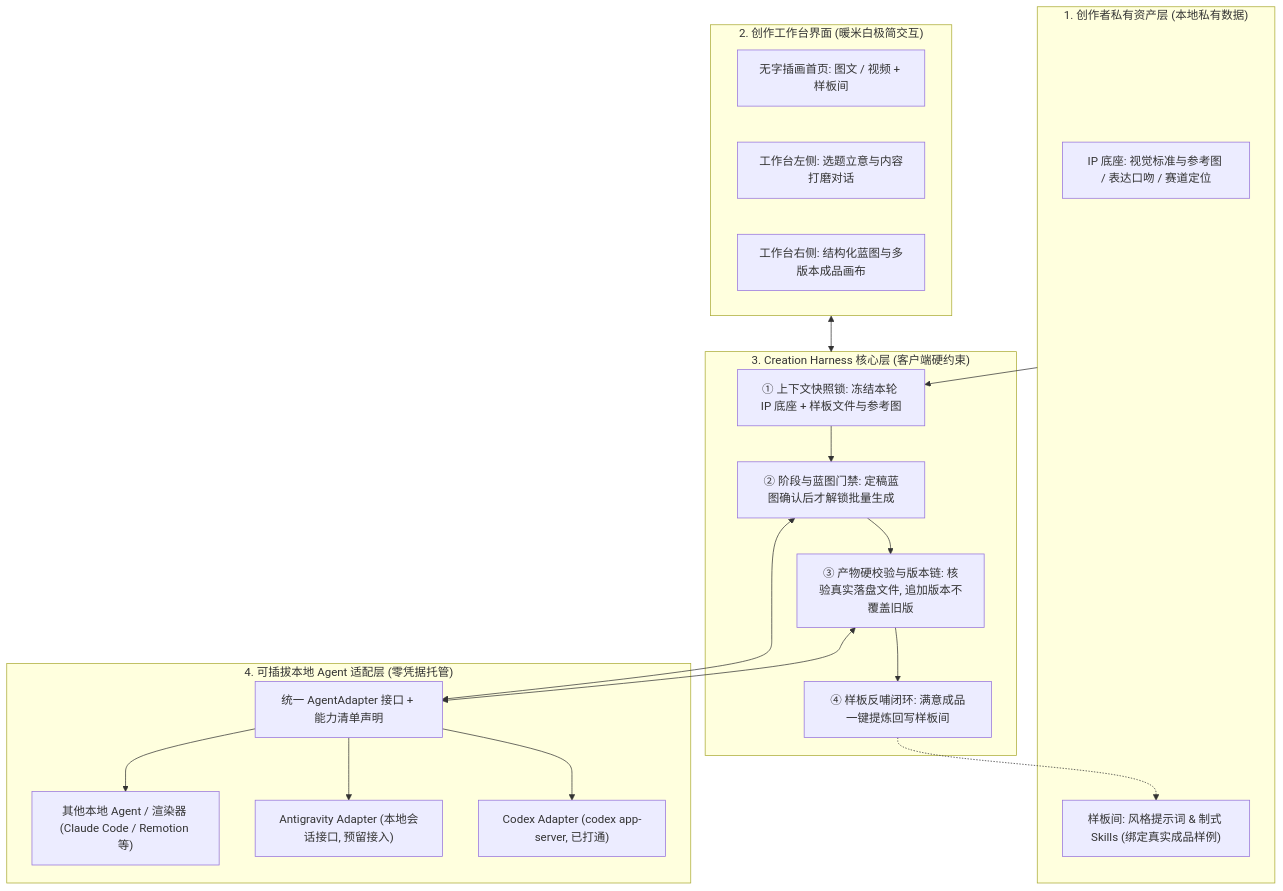
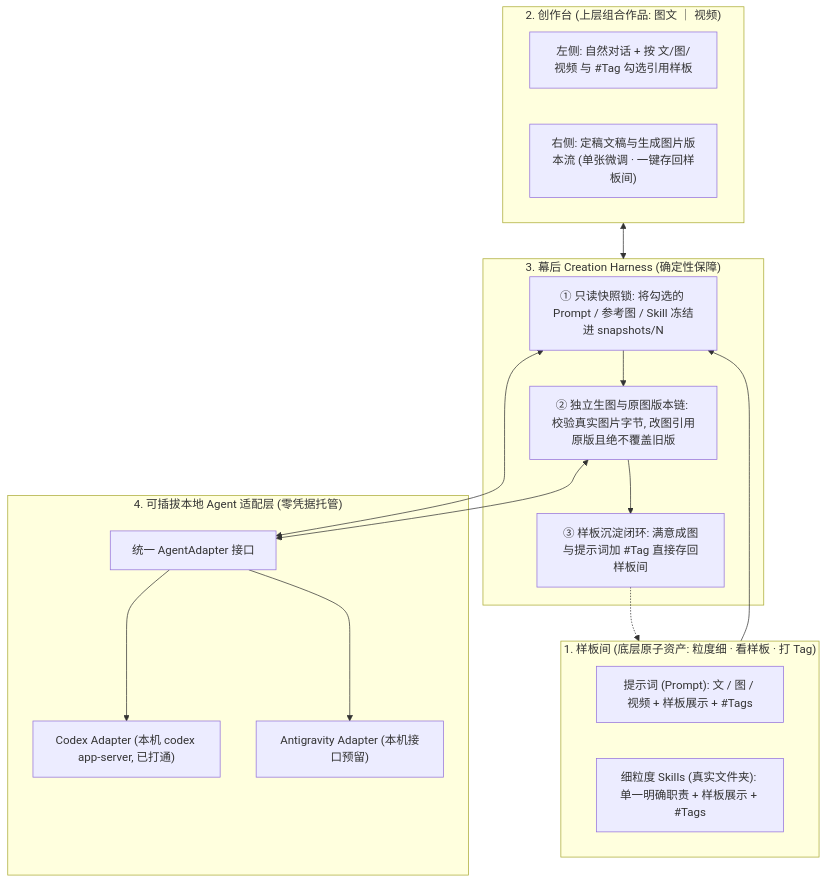
One commit to anjing-le/happy-creator-journey changed the diagram in design.md. Above: the diagram before and after it, drawn with Mermaid. The commit also changed other lines of this file and 27 other files, not shown here.

Commit message:
Simplify CreatorX 0.1.1 to atomic modality + tag showcase and lightweight harness

````diff
--- a/design.md
+++ b/design.md
@@ -19,37 +19,33 @@
 ```mermaid
 flowchart TB
-    subgraph L1["1. 创作者私有资产层 (本地私有数据)"]
-        IP["IP 底座: 视觉标准与参考图 / 表达口吻 / 赛道定位"]
-        Showcase["样板间: 风格提示词 & 制式 Skills (绑定真实成品样例)"]
+    subgraph L1["1. 样板间 (底层原子资产: 粒度细 · 看样板 · 打 Tag)"]
+        P["提示词 (Prompt): 文 / 图 / 视频 + 样板展示 + #Tags"]
+        S["细粒度 Skills (真实文件夹): 单一明确职责 + 样板展示 + #Tags"]
     end
 
-    subgraph L2["2. 创作工作台界面 (暖米白极简交互)"]
-        Home["无字插画首页: 图文 / 视频 + 样板间"]
-        Left["工作台左侧: 选题立意与内容打磨对话"]
-        Right["工作台右侧: 结构化蓝图与多版本成品画布"]
+    subgraph L2["2. 创作台 (上层组合作品: 图文 ｜ 视频)"]
+        Chat["左侧: 自然对话 + 按 文/图/视频 与 #Tag 勾选引用样板"]
+        Out["右侧: 定稿文稿与生成图片版本流 (单张微调 · 一键存回样板间)"]
     end
 
-    subgraph L3["3. Creation Harness 核心层 (客户端硬约束)"]
-        G1["① 上下文快照锁: 冻结本轮 IP 底座 + 样板文件与参考图"]
-        G2["② 阶段与蓝图门禁: 定稿蓝图确认后才解锁批量生成"]
-        G3["③ 产物硬校验与版本链: 核验真实落盘文件, 追加版本不覆盖旧版"]
-        G4["④ 样板反哺闭环: 满意成品一键提炼回写样板间"]
-        G1 --> G2 --> G3 --> G4
+    subgraph L3["3. 幕后 Creation Harness (确定性保障)"]
+        H1["① 只读快照锁: 将勾选的 Prompt / 参考图 / Skill 冻结进 snapshots/N"]
+        H2["② 独立生图与原图版本链: 校验真实图片字节, 改图引用原版且绝不覆盖旧版"]
+        H3["③ 样板沉淀闭环: 满意成图与提示词加 #Tag 直接存回样板间"]
+        H1 --> H2 --> H3
     end
 
     subgraph L4["4. 可插拔本地 Agent 适配层 (零凭据托管)"]
-        Adapter["统一 AgentAdapter 接口 + 能力清单声明"]
-        Codex["Codex Adapter (codex app-server, 已打通)"]
-        AGY["Antigravity Adapter (本地会话接口, 预留接入)"]
-        Render["其他本地 Agent / 渲染器 (Claude Code / Remotion 等)"]
-        Adapter --> Codex
-        Adapter --> AGY
-        Adapter --> Render
+        Adp["统一 AgentAdapter 接口"]
+        Codex["Codex Adapter (本机 codex app-server, 已打通)"]
+        AGY["Antigravity Adapter (本机接口预留)"]
+        Adp --> Codex
+        Adp --> AGY
     end
 
-    L1 --> G1
+    L1 --> H1
     L2 <--> L3
-    G2 <--> Adapter
-    G3 <--> Adapter
-    G4 -.-> Showcase
+    H1 <--> Adp
+    H2 <--> Adp
+    H3 -.-> L1
 ```
````
